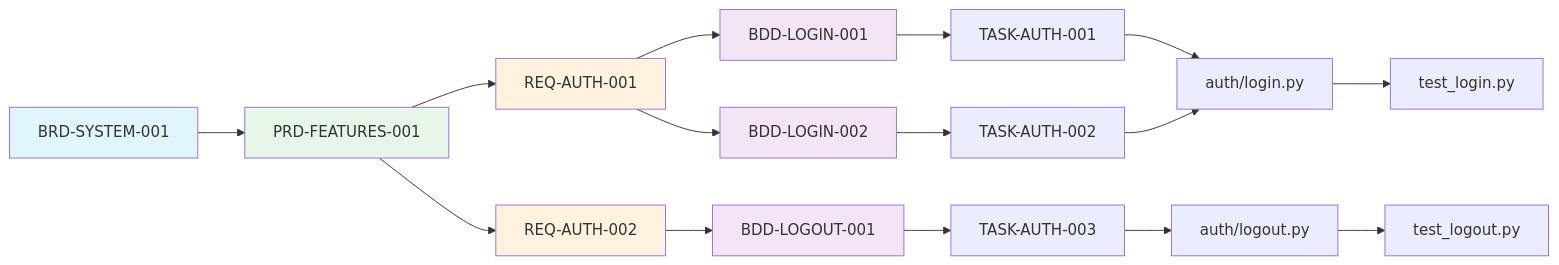
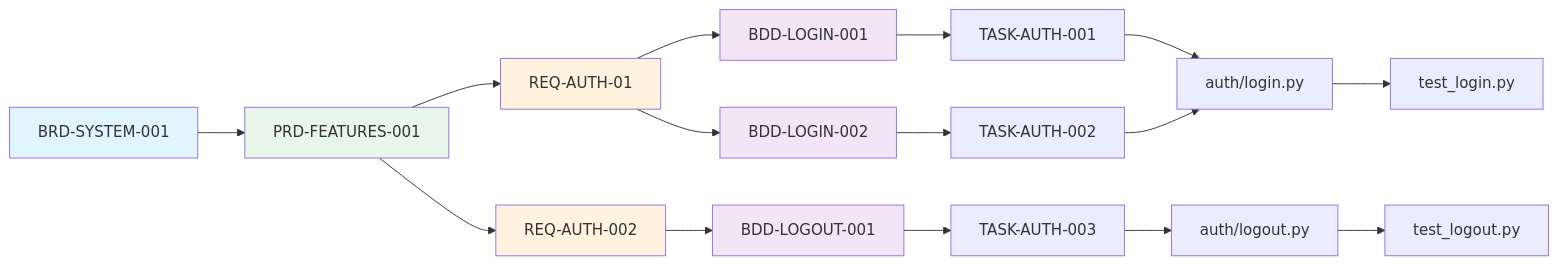
The second of 2 diagrams in .claude/skills/analytics-flow/SKILL.md (vladm3105/aidoc-flow-framework), drawn with Mermaid before and after one commit. The commit also changed other lines of this file and 215 other files, not shown here.

````diff
--- a/.claude/skills/analytics-flow/SKILL.md
+++ b/.claude/skills/analytics-flow/SKILL.md
@@ -256,29 +256,29 @@
 ```mermaid
 graph LR
     BRD001[BRD-SYSTEM-001] --> PRD001[PRD-FEATURES-001]
-    PRD001 --> REQ001[REQ-AUTH-001]
+    PRD001 --> REQ001[REQ-AUTH-01]
     PRD001 --> REQ002[REQ-AUTH-002]
 
     REQ001 --> BDD001[BDD-LOGIN-001]
     REQ001 --> BDD002[BDD-LOGIN-002]
     REQ002 --> BDD003[BDD-LOGOUT-001]
 
     BDD001 --> TASK001[TASK-AUTH-001]
     BDD002 --> TASK002[TASK-AUTH-002]
     BDD003 --> TASK003[TASK-AUTH-003]
 
     TASK001 --> CODE001[auth/login.py]
     TASK002 --> CODE001
     TASK003 --> CODE002[auth/logout.py]
 
     CODE001 --> TEST001[test_login.py]
     CODE002 --> TEST002[test_logout.py]
 
     style BRD001 fill:#e1f5ff
     style PRD001 fill:#e8f5e9
     style REQ001 fill:#fff3e0
     style REQ002 fill:#fff3e0
     style BDD001 fill:#f3e5f5
     style BDD002 fill:#f3e5f5
     style BDD003 fill:#f3e5f5
 ```
````
